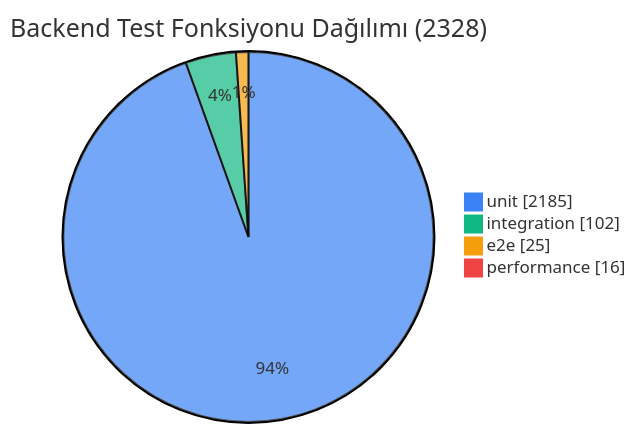
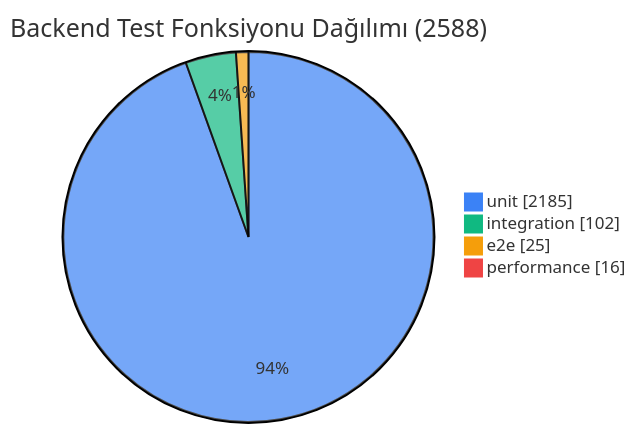
Before and after one commit to chyp3r/KACHOW-Teknofest-2026: the ninth of 16 diagrams in README.md, drawn with Mermaid. The commit also changed other lines of this file, not shown here.

````diff
--- a/README.md
+++ b/README.md
@@ -446,9 +502,9 @@
 ```mermaid
 %%{init: {'theme': 'base', 'themeVariables': { 'pie1': '#3b82f6', 'pie2': '#10b981', 'pie3': '#f59e0b', 'pie4': '#ef4444'}}}%%
 pie showData
-    title Backend Test Fonksiyonu Dağılımı (2328)
+    title Backend Test Fonksiyonu Dağılımı (2588)
     "unit" : 2185
     "integration" : 102
     "e2e" : 25
     "performance" : 16
 ```
````
